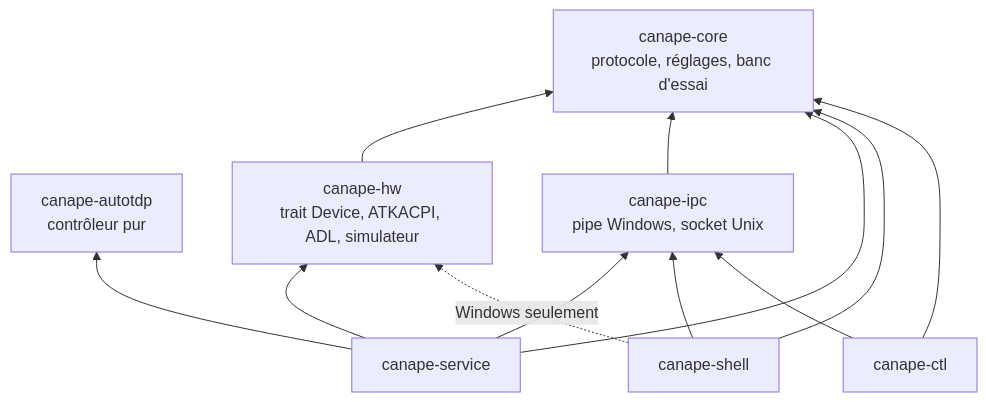
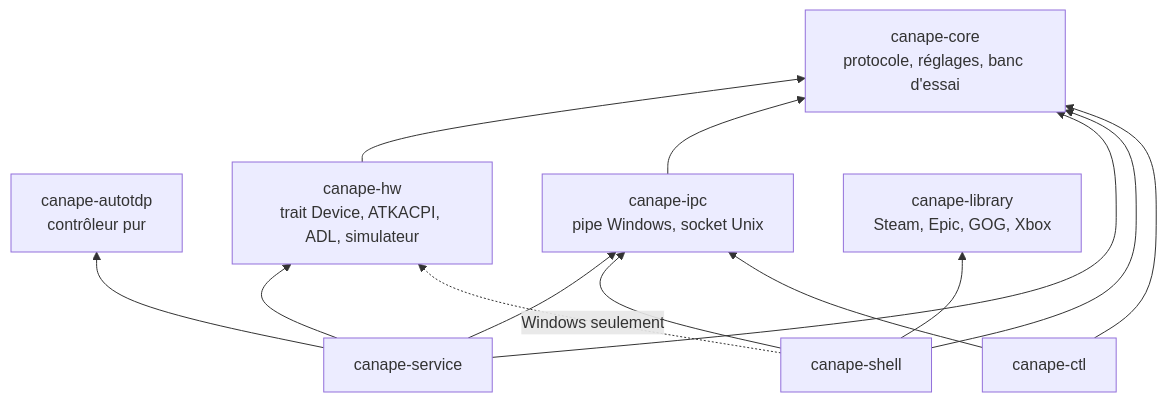
Before and after one commit to pierregouedar/canape: the second of 5 diagrams in docs/developer-guide.fr.md, drawn with Mermaid. The commit also changed other lines of this file and 60 other files, not shown here.

First line of the commit message:
Game library: Steam, Epic, GOG and Xbox games on a new first page

````diff
--- a/docs/developer-guide.fr.md
+++ b/docs/developer-guide.fr.md
@@ -84,21 +85,23 @@
 ```mermaid
 flowchart BT
     core["canape-core<br/>protocole, réglages, banc d'essai"]
     autotdp["canape-autotdp<br/>contrôleur pur"]
     hw["canape-hw<br/>trait Device, ATKACPI, ADL, simulateur"]
     ipc["canape-ipc<br/>pipe Windows, socket Unix"]
     service["canape-service"]
+    library["canape-library<br/>Steam, Epic, GOG, Xbox"]
     shell["canape-shell"]
     ctl["canape-ctl"]
     hw --> core
     ipc --> core
     service --> core
     service --> autotdp
     service --> hw
     service --> ipc
     shell --> core
     shell --> ipc
+    shell --> library
     shell -.->|"Windows seulement"| hw
     ctl --> core
     ctl --> ipc
 ```
````
